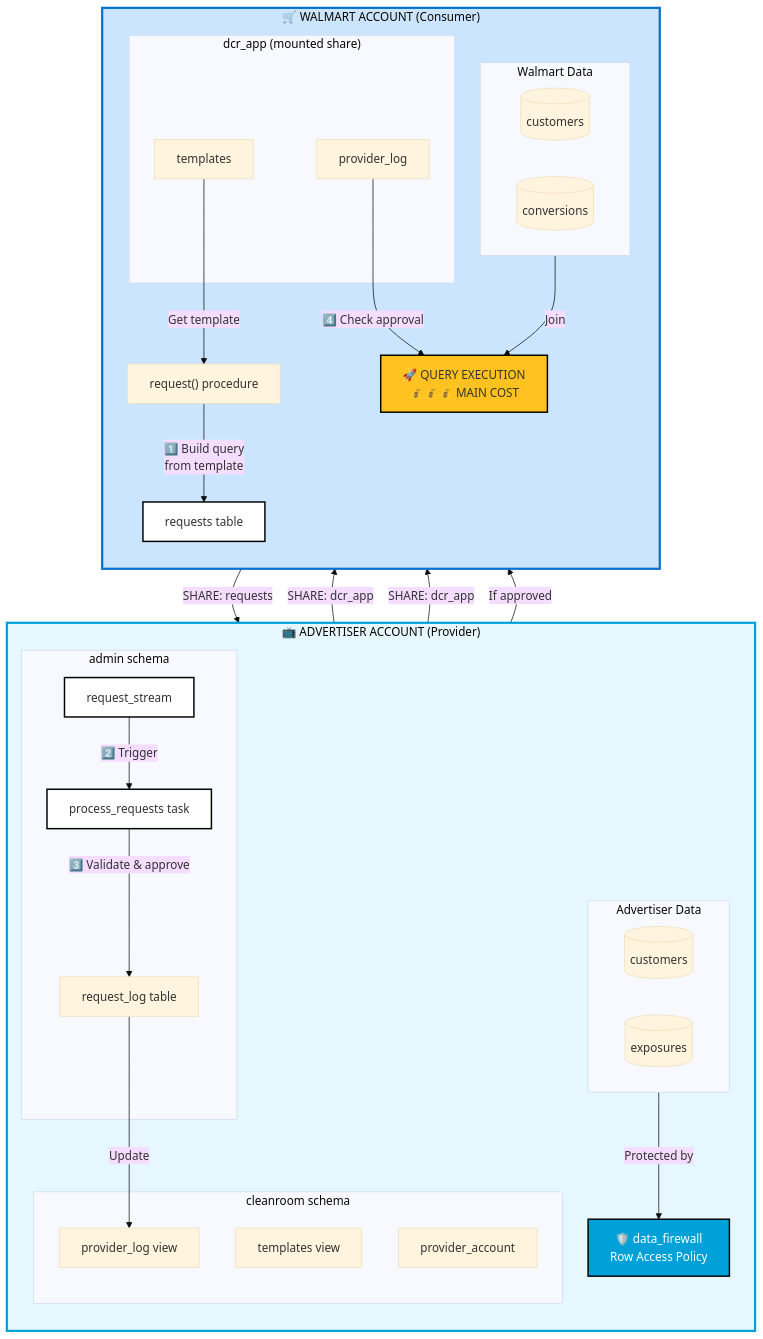
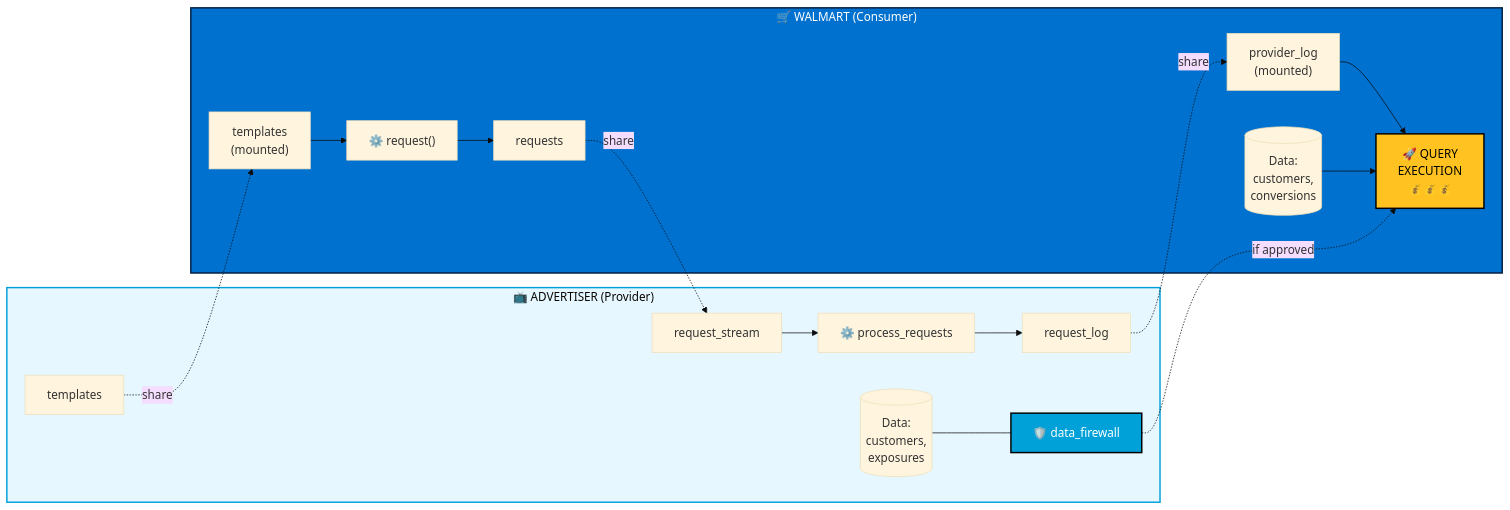
Before and after one commit to sfc-gh-vshiv/sfquickstart-data-clean-room: the first of 4 diagrams in DCR_Flow_and_Cost_Guide_WMT.md, drawn with Mermaid (base theme). The commit also changed 1 other file, not shown here.

Commit message:
Refactor DCR Flow and Cost Guide Mermaid diagrams to improve layout and clarity, updating subgraphs for provider and consumer accounts, and enhancing visual styles for better representation of data flows and interactions.

````diff
--- a/DCR_Flow_and_Cost_Guide_WMT.md
+++ b/DCR_Flow_and_Cost_Guide_WMT.md
@@ -20,62 +20,37 @@
 ```mermaid
-flowchart TB
-    subgraph ADVERTISER["📺 ADVERTISER ACCOUNT (Provider)"]
-        direction TB
-        subgraph ADV_DATA["Advertiser Data"]
-            AD1[("customers")]
-            AD2[("exposures")]
-        end
-        subgraph ADV_CLEAN["cleanroom schema"]
-            AT["templates view"]
-            APL["provider_log view"]
-            APA["provider_account"]
-        end
-        subgraph ADV_ADMIN["admin schema"]
-            ARL["request_log table"]
-            ARS["request_stream"]
-            APR["process_requests task"]
-        end
-        ADF["🛡️ data_firewall<br/>Row Access Policy"]
+flowchart LR
+    subgraph ADVERTISER["📺 ADVERTISER (Provider)"]
+        AD[("Data:<br/>customers,<br/>exposures")]
+        ADF["🛡️ data_firewall"]
+        AT["templates"]
+        ARL["request_log"]
+        ARS["request_stream"]
+        APR["⚙️ process_requests"]
+        
+        AD --- ADF
+        ARS --> APR --> ARL
     end
     
-    subgraph WALMART["🛒 WALMART ACCOUNT (Consumer)"]
-        direction TB
-        subgraph WMT_DATA["Walmart Data"]
-            WD1[("customers")]
-            WD2[("conversions")]
-        end
-        subgraph WMT_APP["dcr_app (mounted share)"]
-            WT["templates"]
-            WPL["provider_log"]
-        end
-        WRQ["requests table"]
-        WRP["request() procedure"]
-        WQE["🚀 QUERY EXECUTION<br/>💰💰💰 MAIN COST"]
+    subgraph WALMART["🛒 WALMART (Consumer)"]
+        WD[("Data:<br/>customers,<br/>conversions")]
+        WT["templates<br/>(mounted)"]
+        WPL["provider_log<br/>(mounted)"]
+        WRQ["requests"]
+        WRP["⚙️ request()"]
+        WQE["🚀 QUERY<br/>EXECUTION<br/>💰💰💰"]
+        
+        WT --> WRP --> WRQ
+        WPL --> WQE
+        WD --> WQE
     end
     
-    %% Share flow: Advertiser to Walmart
-    AT -->|"SHARE: dcr_app"| WT
-    APL -->|"SHARE: dcr_app"| WPL
+    AT -.->|"share"| WT
+    ARL -.->|"share"| WPL
+    WRQ -.->|"share"| ARS
+    ADF -.->|"if approved"| WQE
     
-    %% Request flow: Walmart to Advertiser  
-    WRP -->|"1️⃣ Build query<br/>from template"| WRQ
-    WRQ -->|"SHARE: requests"| ARS
-    ARS -->|"2️⃣ Trigger"| APR
-    APR -->|"3️⃣ Validate & approve"| ARL
-    ARL -->|"Update"| APL
-    
-    %% Query execution flow
-    WPL -->|"4️⃣ Check approval"| WQE
-    WT -->|"Get template"| WRP
-    WMT_DATA -->|"Join"| WQE
-    ADV_DATA -->|"Protected by"| ADF
-    ADF -->|"If approved"| WQE
-    
-    style ADVERTISER fill:#e6f7ff,stroke:#00A1D9,stroke-width:3px
-    style WALMART fill:#cce5ff,stroke:#0071ce,stroke-width:3px
-    style WQE fill:#ffc220,stroke:#000,stroke-width:2px
+    style ADVERTISER fill:#e6f7ff,stroke:#00A1D9,stroke-width:2px
+    style WALMART fill:#0071ce,stroke:#041e42,stroke-width:2px,color:#fff
+    style WQE fill:#ffc220,stroke:#000,stroke-width:2px,color:#000
     style ADF fill:#00A1D9,stroke:#000,stroke-width:2px,color:#fff
-    style WRQ fill:#fff,stroke:#000,stroke-width:2px
-    style ARS fill:#fff,stroke:#000,stroke-width:2px
-    style APR fill:#fff,stroke:#000,stroke-width:2px
 ```
````
